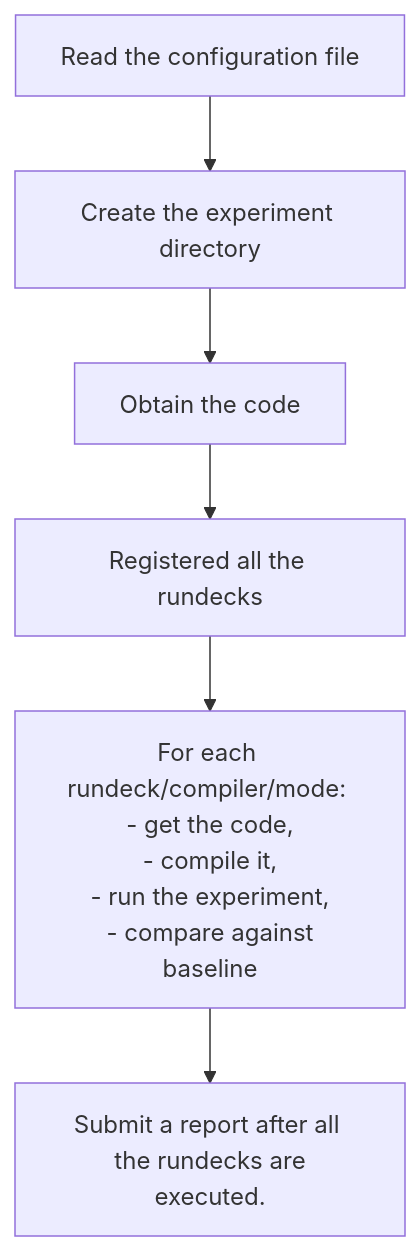
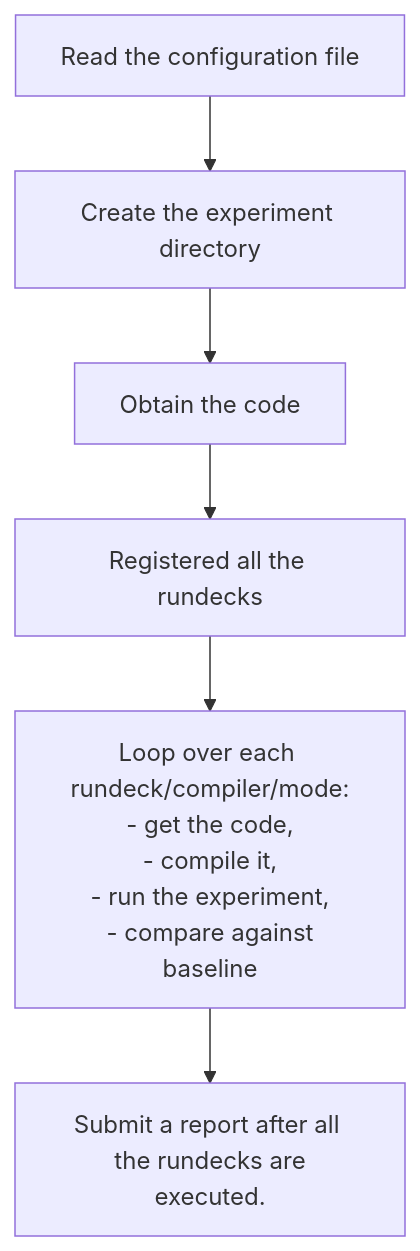
The diagram in README.md (astg606/modelE_regression), drawn with Mermaid before and after one commit.

Commit message:
Update flowchart description in README.md

````diff
--- a/README.md
+++ b/README.md
@@ -33,8 +33,8 @@
 ```mermaid
 flowchart TB
     A[Read the configuration file] --> B[Create the experiment directory]
     B --> C[Obtain the code]
     C --> D[Registered all the rundecks]
-    D --> F[For each rundeck/compiler/mode: <br> - get the code, <br> - compile it, <br> - run the experiment, <br> - compare against baseline]
+    D --> F[Loop over each <br> rundeck/compiler/mode: <br> - get the code, <br> - compile it, <br> - run the experiment, <br> - compare against baseline]
     F --> G[Submit a report after all <br> the rundecks are executed.]
 ```
````
